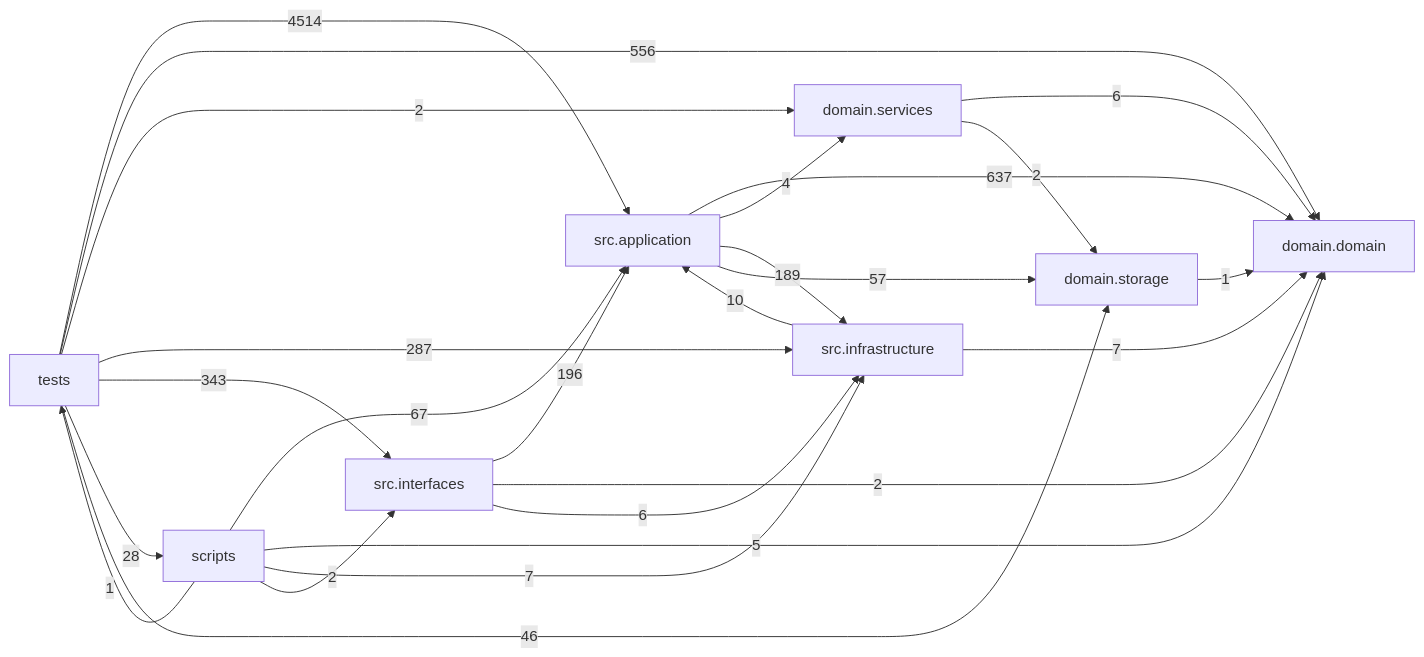
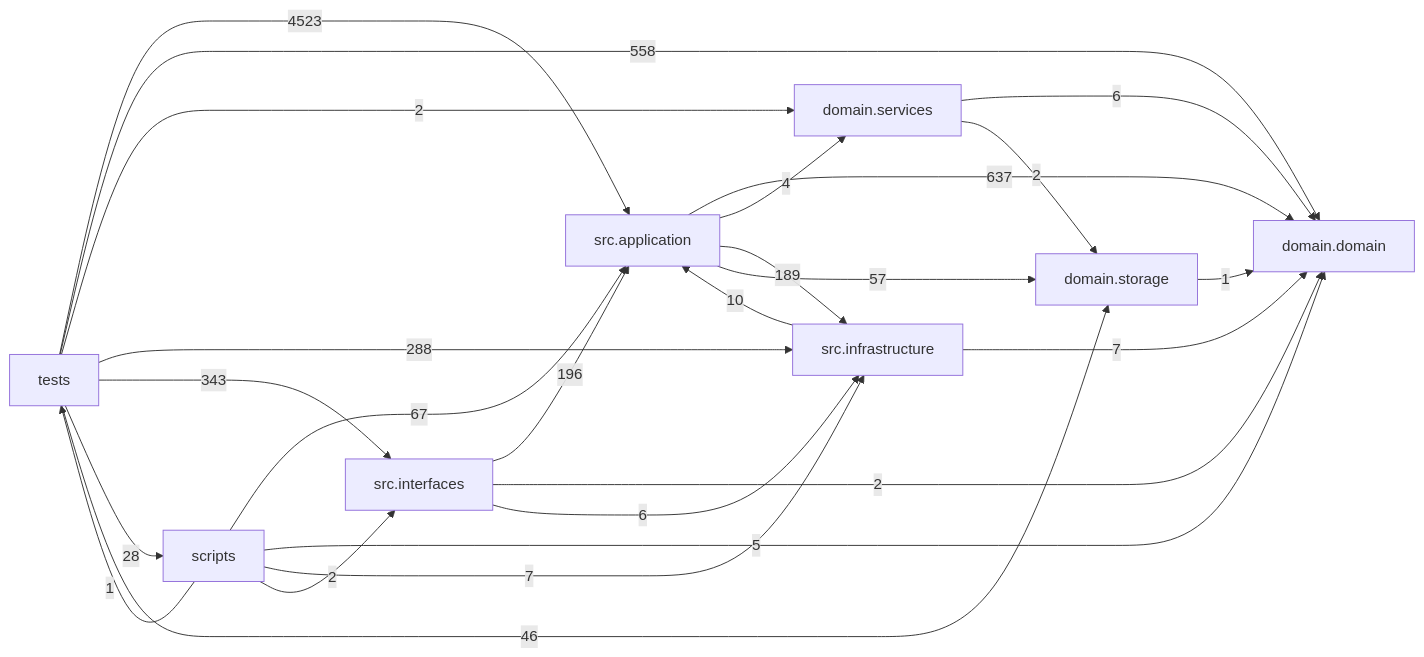
Before and after one commit to liuxie066/options-monitor: the diagram in docs/DEPENDENCY_GRAPH.md, drawn with Mermaid. The commit also changed other lines of this file and 7 other files, not shown here.

````diff
--- a/docs/DEPENDENCY_GRAPH.md
+++ b/docs/DEPENDENCY_GRAPH.md
@@ -24,35 +24,35 @@
 ```mermaid
 flowchart LR
   tests["tests"]
   scripts["scripts"]
   interfaces["src.interfaces"]
   application["src.application"]
   infrastructure["src.infrastructure"]
   domain_services["domain.services"]
   domain["domain.domain"]
   storage["domain.storage"]
   application -->|637| domain
   application -->|4| domain_services
   application -->|189| infrastructure
   application -->|57| storage
   domain_services -->|6| domain
   domain_services -->|2| storage
   infrastructure -->|10| application
   infrastructure -->|7| domain
   interfaces -->|196| application
   interfaces -->|2| domain
   interfaces -->|6| infrastructure
   scripts -->|67| application
   scripts -->|5| domain
   scripts -->|7| infrastructure
   scripts -->|2| interfaces
   scripts -->|1| tests
   storage -->|1| domain
-  tests -->|4514| application
-  tests -->|556| domain
+  tests -->|4523| application
+  tests -->|558| domain
   tests -->|2| domain_services
-  tests -->|287| infrastructure
+  tests -->|288| infrastructure
   tests -->|343| interfaces
   tests -->|28| scripts
   tests -->|46| storage
 ```
````
